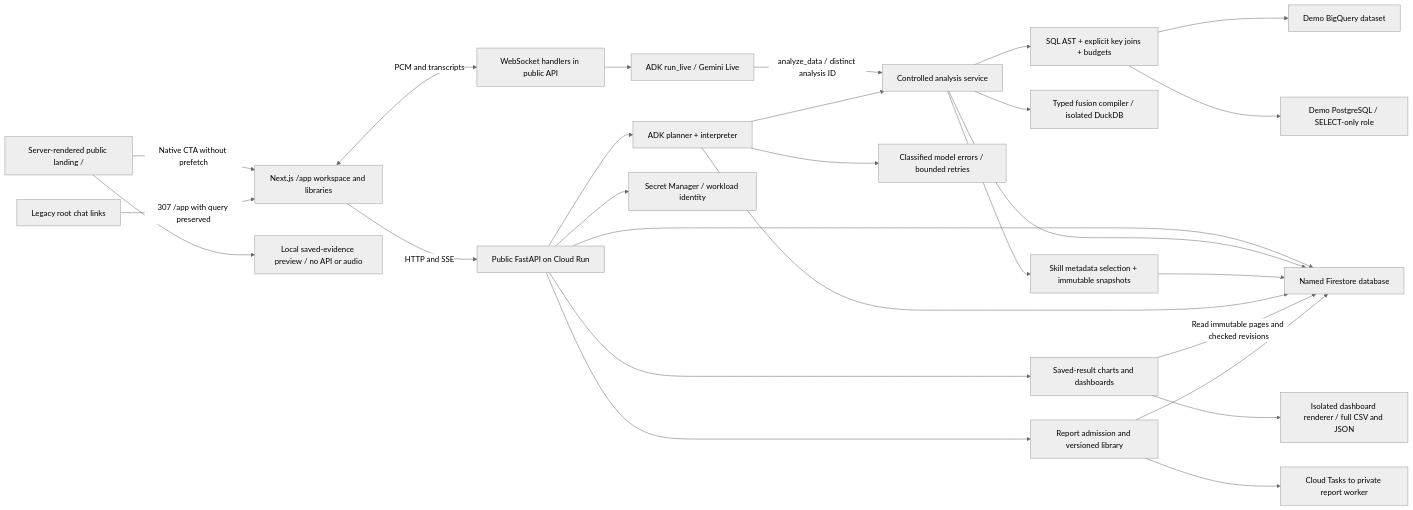
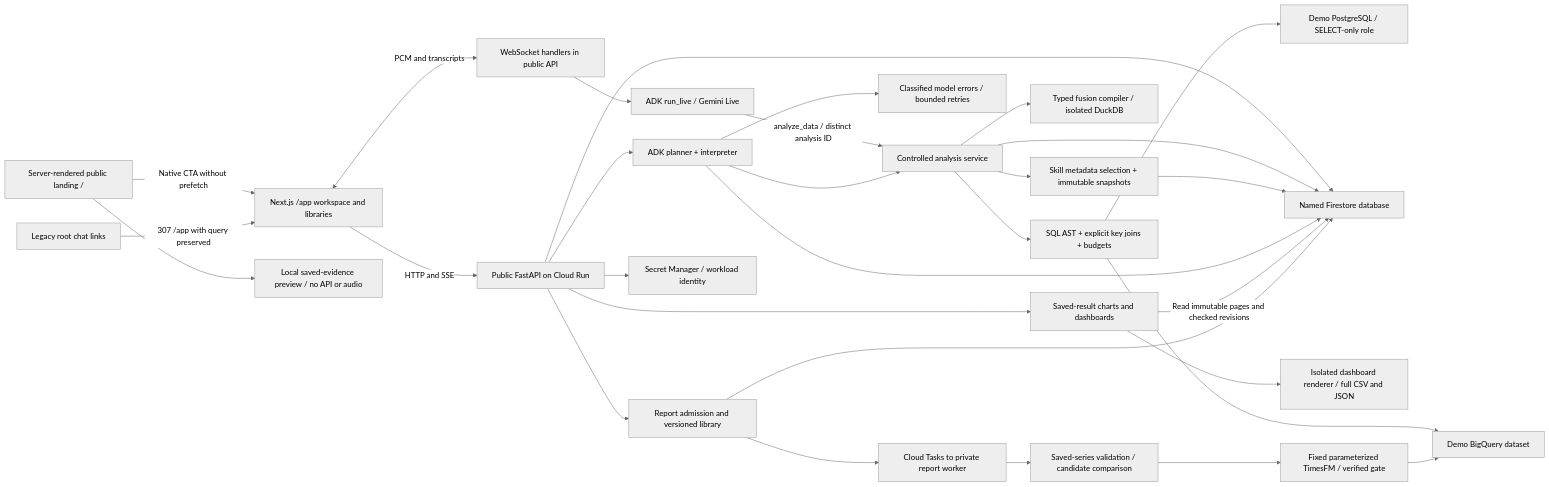
The diagram in docs/graphify/application.mmd (RusiruChathushanaka/querylane-agentic-bi), drawn with Mermaid (neutral theme) before and after one commit. The commit also changed 58 other files, not shown here.

```diff
--- a/docs/graphify/application.mmd
+++ b/docs/graphify/application.mmd
@@ -1,27 +1,30 @@
 flowchart LR
     Landing[Server-rendered public landing /] -->|Native CTA without prefetch| Browser[Next.js /app workspace and libraries]
     Landing --> Preview[Local saved-evidence preview / no API or audio]
     Legacy[Legacy root chat links] -->|307 /app with query preserved| Browser
     Browser -->|HTTP and SSE| API[Public FastAPI on Cloud Run]
     Browser <-->|PCM and transcripts| Voice[WebSocket handlers in public API]
     API --> ADK[ADK planner + interpreter]
     Voice --> Live[ADK run_live / Gemini Live]
     Live -->|analyze_data / distinct analysis ID| Analysis[Controlled analysis service]
     ADK --> Failures[Classified model errors / bounded retries]
     ADK --> Analysis
     Analysis --> Guard[SQL AST + explicit key joins + budgets]
     Guard --> BQ[Demo BigQuery dataset]
     Guard --> PG[Demo PostgreSQL / SELECT-only role]
     Analysis --> Fusion[Typed fusion compiler / isolated DuckDB]
     API --> Store[Named Firestore database]
     Analysis --> Store
     Analysis --> Skills[Skill metadata selection + immutable snapshots]
     Skills --> Store
     ADK --> Store
     API --> Saved[Saved-result charts and dashboards]
     Saved -->|Read immutable pages and checked revisions| Store
     Saved --> Export[Isolated dashboard renderer / full CSV and JSON]
     API --> Reports[Report admission and versioned library]
     Reports --> Store
     Reports --> Dispatch[Cloud Tasks to private report worker]
+    Dispatch --> Comparison[Saved-series validation / candidate comparison]
+    Comparison --> TimesFM[Fixed parameterized TimesFM / verified gate]
+    TimesFM --> BQ
     API --> Secrets[Secret Manager / workload identity]
```
